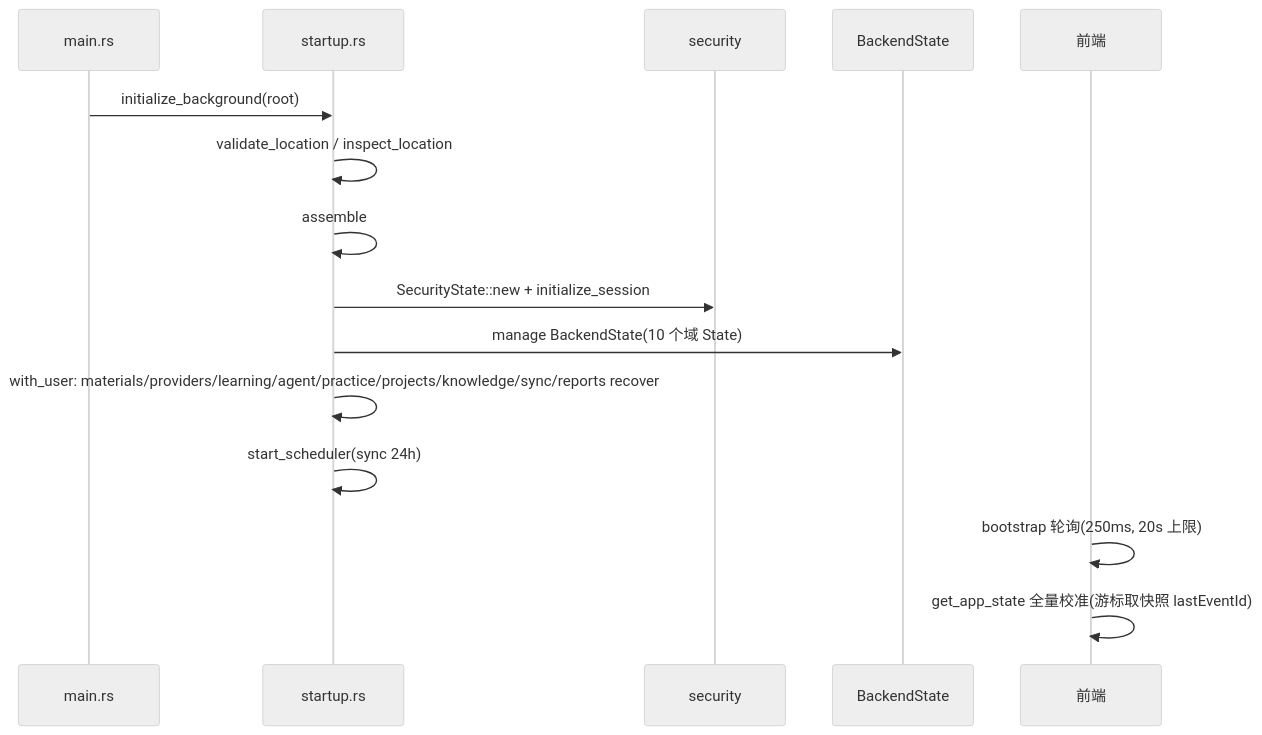
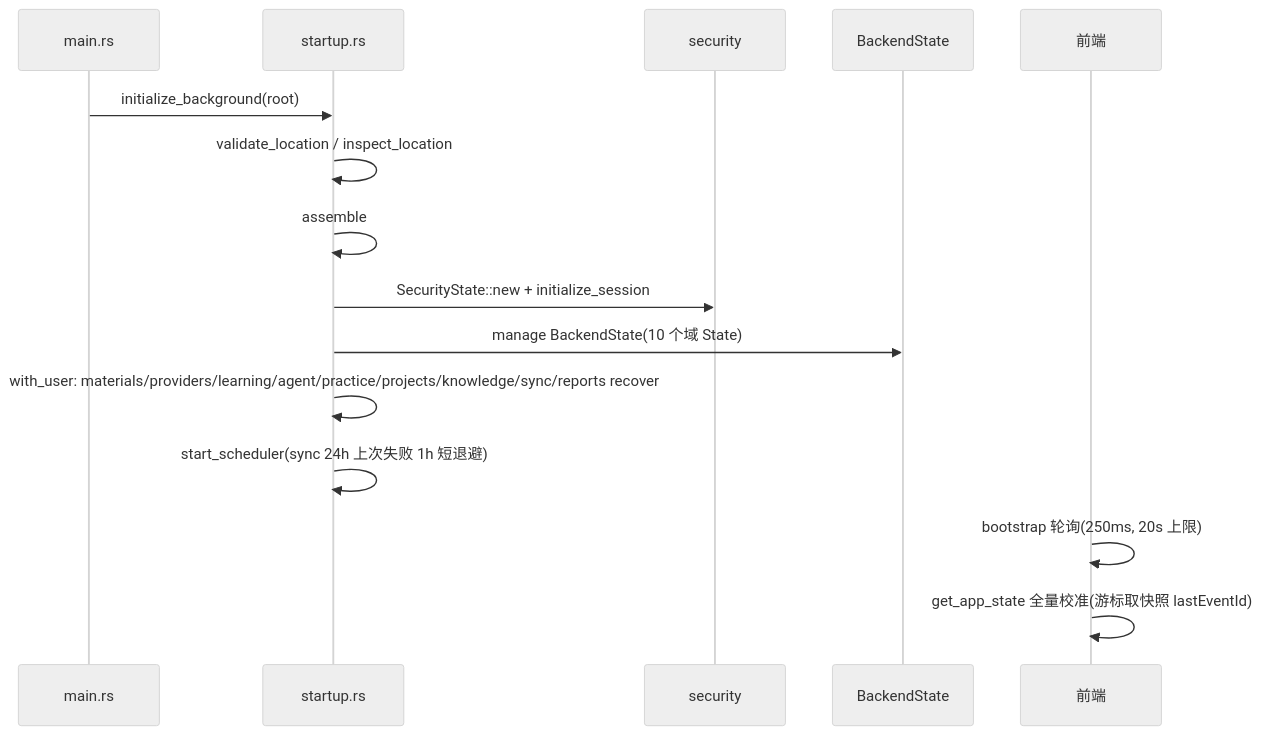
One commit to hershate/Deep-tutor changed the first of 23 diagrams in docs/architecture/02-operation-principles.md. Above: the diagram before and after it, drawn with Mermaid (neutral theme). The commit also changed other lines of this file and 6 other files, not shown here.

````diff
--- a/docs/architecture/02-operation-principles.md
+++ b/docs/architecture/02-operation-principles.md
@@ -7,17 +7,17 @@
 ```mermaid
 sequenceDiagram
     participant M as main.rs
     participant SU as startup.rs
     participant SEC as security
     participant B as BackendState
     participant FE as 前端
     M->>SU: initialize_background(root)
     SU->>SU: validate_location / inspect_location
     SU->>SU: assemble
     SU->>SEC: SecurityState::new + initialize_session
     SU->>B: manage BackendState(10 个域 State)
     SU->>SU: with_user: materials/providers/learning/agent/practice/projects/knowledge/sync/reports recover
-    SU->>SU: start_scheduler(sync 24h)
+    SU->>SU: start_scheduler(sync 24h 上次失败 1h 短退避)
     FE->>FE: bootstrap 轮询(250ms, 20s 上限)
     FE->>FE: get_app_state 全量校准(游标取快照 lastEventId)
 ```
````
